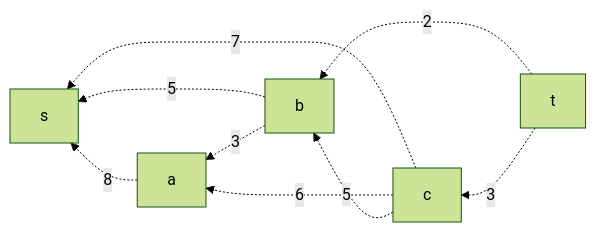
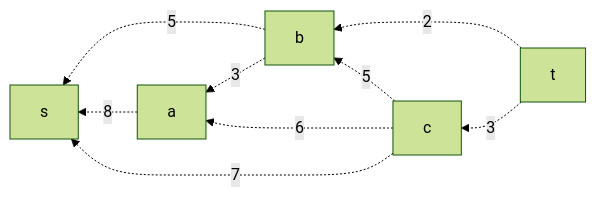
One commit to HSE-algo-23-crow/manual_tasks changed the second of 8 diagrams in task_14/Mongolian_tomatoes_task_14.md. Above: the diagram before and after it, drawn with Mermaid (forest theme). The commit also changed other lines of this file, not shown here.

````diff
--- a/task_14/Mongolian_tomatoes_task_14.md
+++ b/task_14/Mongolian_tomatoes_task_14.md
@@ -27,11 +28,11 @@
 ```mermaid
 graph RL
+    b-.->|5|s
+    t-.->|2|b
+    b-.->|3|a
     a-.->|8|s
-    c-.->|7|s
-    b-.->|5|s
-    b-.->|3|a
     c-.->|6|a
     c-.->|5|b
-    t-.->|2|b
+    c-.->|7|s
     t-.->|3|c
 ```
````
